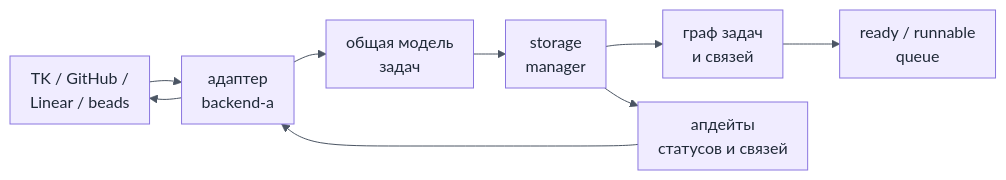
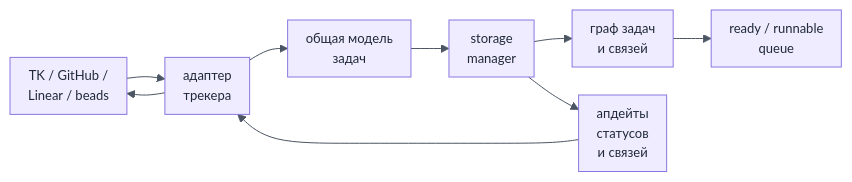
Before and after one commit to egv/yolo-runner: the second of 7 diagrams in slides.md, drawn with Mermaid. The commit also changed other lines of this file and 1 other file, not shown here.

````diff
--- a/slides.md
+++ b/slides.md
@@ -424,14 +504,14 @@
 ```mermaid
-%%{init: {'theme': 'base', 'themeVariables': { 'fontFamily': 'Inter, ui-sans-serif, system-ui', 'fontSize': '16px', 'primaryColor': '#f0ecff', 'primaryTextColor': '#1f2937', 'primaryBorderColor': '#8a76e0', 'lineColor': '#4b5563', 'secondaryColor': '#eef5ff', 'tertiaryColor': '#eefaf2' }, 'flowchart': { 'htmlLabels': true, 'curve': 'basis', 'nodeSpacing': 24, 'rankSpacing': 32, 'padding': 10 } } }%%
+%%{init: {'theme': 'base', 'themeVariables': { 'fontFamily': 'Inter, ui-sans-serif, system-ui', 'fontSize': '13px', 'primaryColor': '#f0ecff', 'primaryTextColor': '#1f2937', 'primaryBorderColor': '#8a76e0', 'lineColor': '#4b5563', 'secondaryColor': '#eef5ff', 'tertiaryColor': '#eefaf2' }, 'flowchart': { 'htmlLabels': true, 'curve': 'basis', 'nodeSpacing': 28, 'rankSpacing': 38, 'padding': 9 } } }%%
 flowchart LR
   Tracker["TK / GitHub /<br/>Linear / beads"]
-  Adapter["адаптер<br/>backend-а"]
+  Adapter["адаптер<br/>трекера"]
   Model["общая модель<br/>задач"]
   Storage["storage<br/>manager"]
   Graph["граф задач<br/>и связей"]
   Ready["ready / runnable<br/>queue"]
-  Update["апдейты<br/>статусов и связей"]
+  Update["апдейты<br/>статусов<br/>и связей"]
 
   Tracker --> Adapter --> Model --> Storage --> Graph --> Ready
   Storage --> Update --> Adapter --> Tracker
 ```
````
